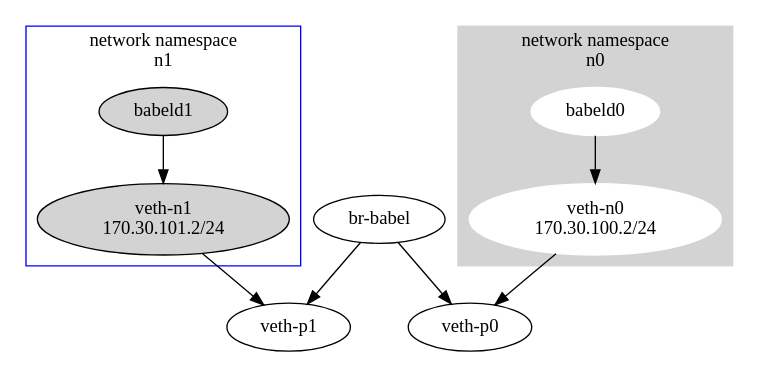
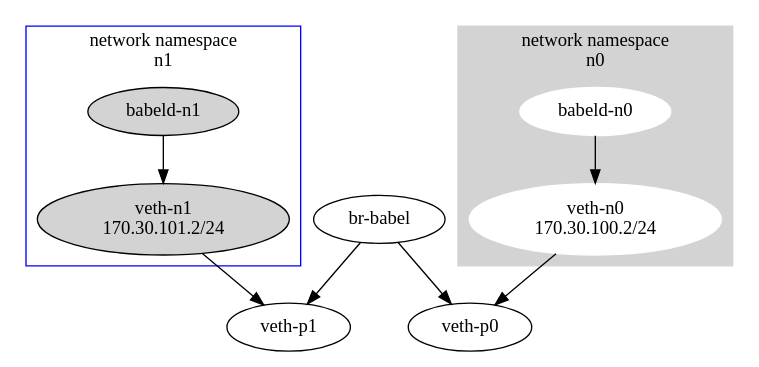
One commit to sudomesh/babeld-lab changed the diagram in diagram.dot. Above: the diagram before and after it, drawn with Graphviz. The commit also changed 3 other files, not shown here.

Commit message:
refresh diagram; update babeld names

```diff
--- a/diagram.dot
+++ b/diagram.dot
@@ -1,24 +1,24 @@
 digraph G {
 
   subgraph cluster_0 {
     style=filled;
     color=lightgrey;
     node [style=filled,color=white];
     vethn0 [ label="veth-n0\n170.30.100.2/24"];
-    "babeld0" -> vethn0;
+    "babeld-n0" -> vethn0;
     label = "network namespace\nn0";
   }
 
   subgraph cluster_1 {
     node [style=filled];
     vethn1 [ label="veth-n1\n170.30.101.2/24"];
-    "babeld1" -> vethn1;
+    "babeld-n1" -> vethn1;
     label = "network namespace\nn1";
     color=blue
   }
   "br-babel" -> "veth-p0";
   "br-babel" -> "veth-p1";
   vethn0 -> "veth-p0";
   vethn1 -> "veth-p1";
 
 }
```
